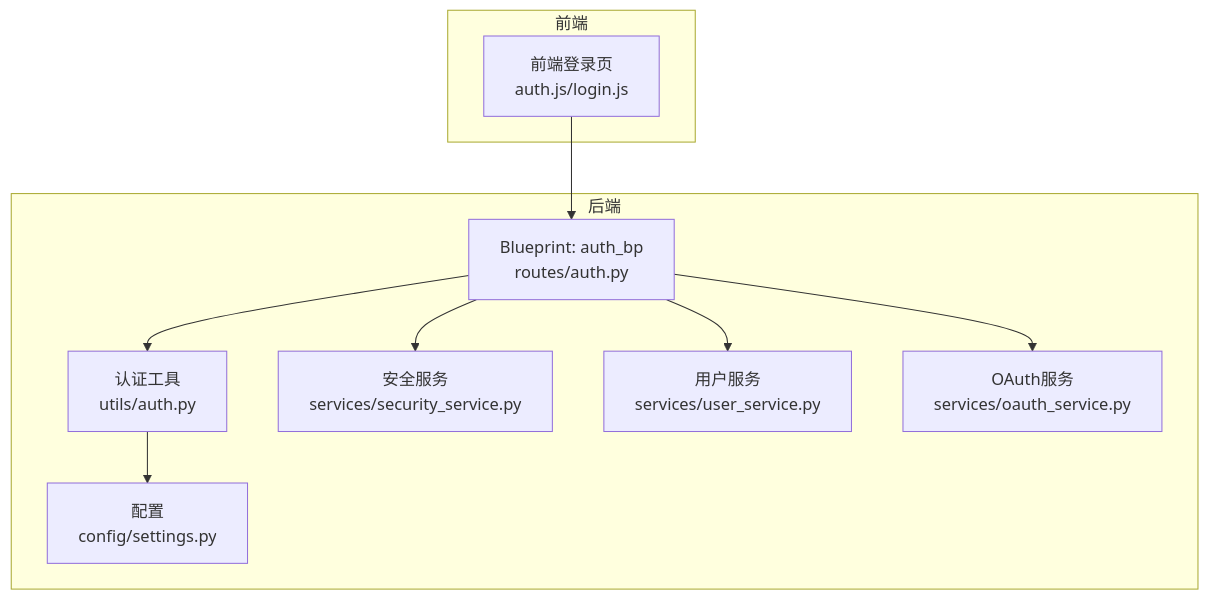
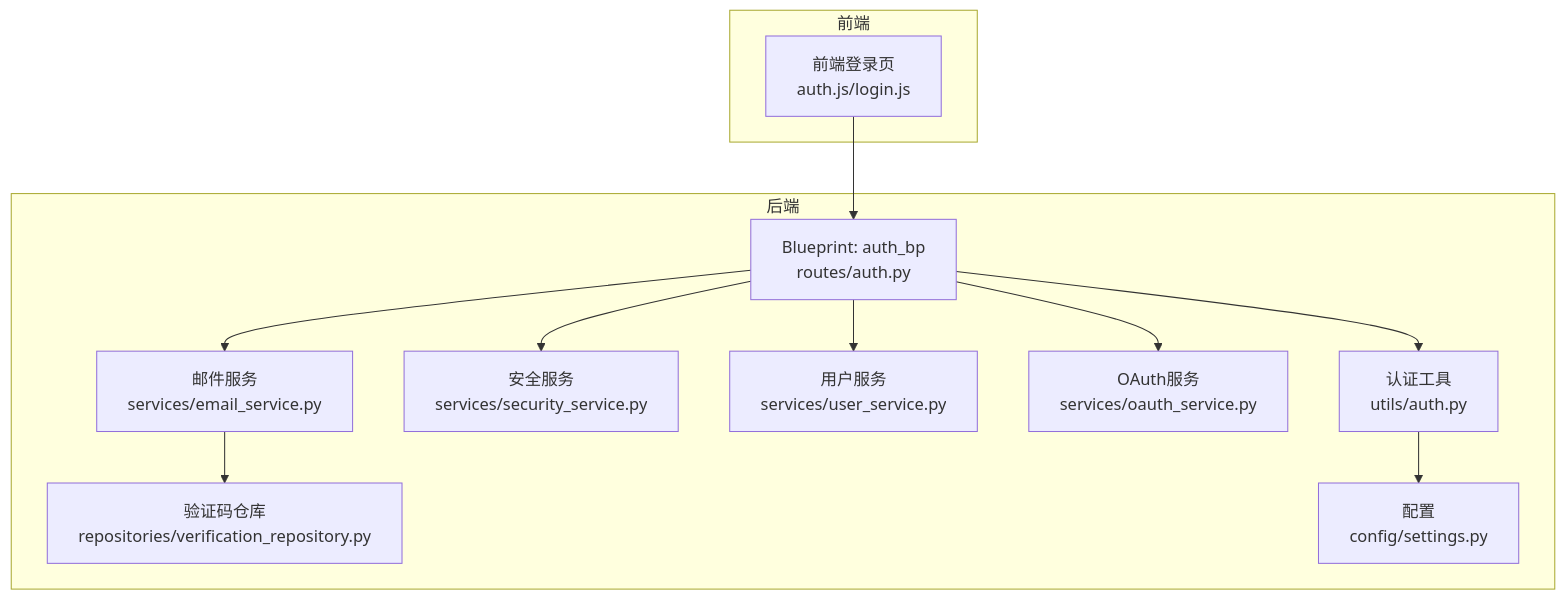
Before and after one commit to joezxh/QuantDinger: the first of 6 diagrams in .qoder/repowiki/zh/content/API参考文档/认证API.md, drawn with Mermaid. The commit also changed other lines of this file and 548 other files, not shown here.

````diff
--- a/.qoder/repowiki/zh/content/API参考文档/认证API.md
+++ b/.qoder/repowiki/zh/content/API参考文档/认证API.md
@@ -37,20 +48,24 @@
 ```mermaid
 graph TB
 subgraph "前端"
 FE_Login["前端登录页<br/>auth.js/login.js"]
 end
 subgraph "后端"
 BP["Blueprint: auth_bp<br/>routes/auth.py"]
 UT["认证工具<br/>utils/auth.py"]
 SEC["安全服务<br/>services/security_service.py"]
 US["用户服务<br/>services/user_service.py"]
 OA["OAuth服务<br/>services/oauth_service.py"]
+ES["邮件服务<br/>services/email_service.py"]
+VR["验证码仓库<br/>repositories/verification_repository.py"]
 CFG["配置<br/>config/settings.py"]
 end
 FE_Login --> BP
 BP --> UT
 BP --> SEC
 BP --> US
 BP --> OA
+BP --> ES
+ES --> VR
 UT --> CFG
 ```
````
